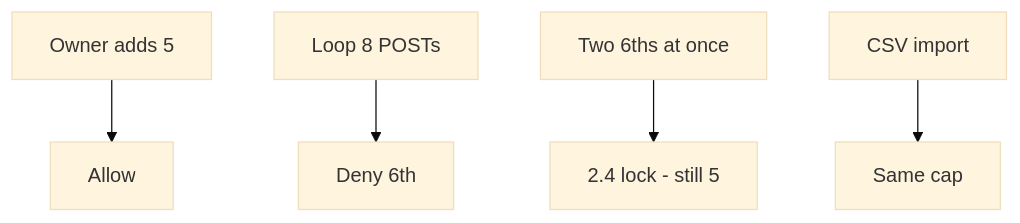
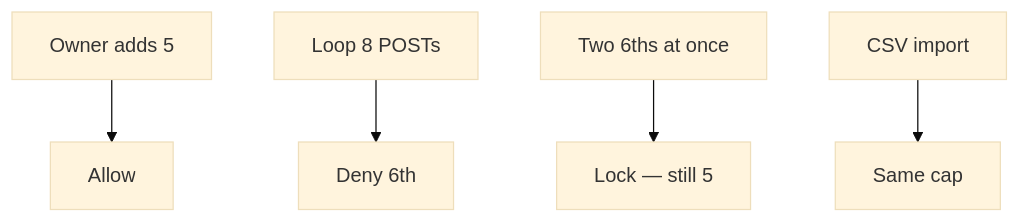
The second of 2 diagrams in content/modules/3/3.4/lessons/02-model.md (ishitvagoel/LearnSecurity), drawn with Mermaid (base theme) before and after one commit. The commit also changed other lines of this file and 31 other files, not shown here.

````diff
--- a/content/modules/3/3.4/lessons/02-model.md
+++ b/content/modules/3/3.4/lessons/02-model.md
@@ -30,7 +29,7 @@
 ```mermaid
 flowchart TD
   Honest["Owner adds 5"] --> Ok[Allow]
   Script["Loop 8 POSTs"] --> Deny[Deny 6th]
-  Parallel["Two 6ths at once"] --> Lock["2.4 lock - still 5"]
+  Parallel["Two 6ths at once"] --> Lock["Lock — still 5"]
   Import["CSV import"] --> Same[Same cap]
 ```
````
